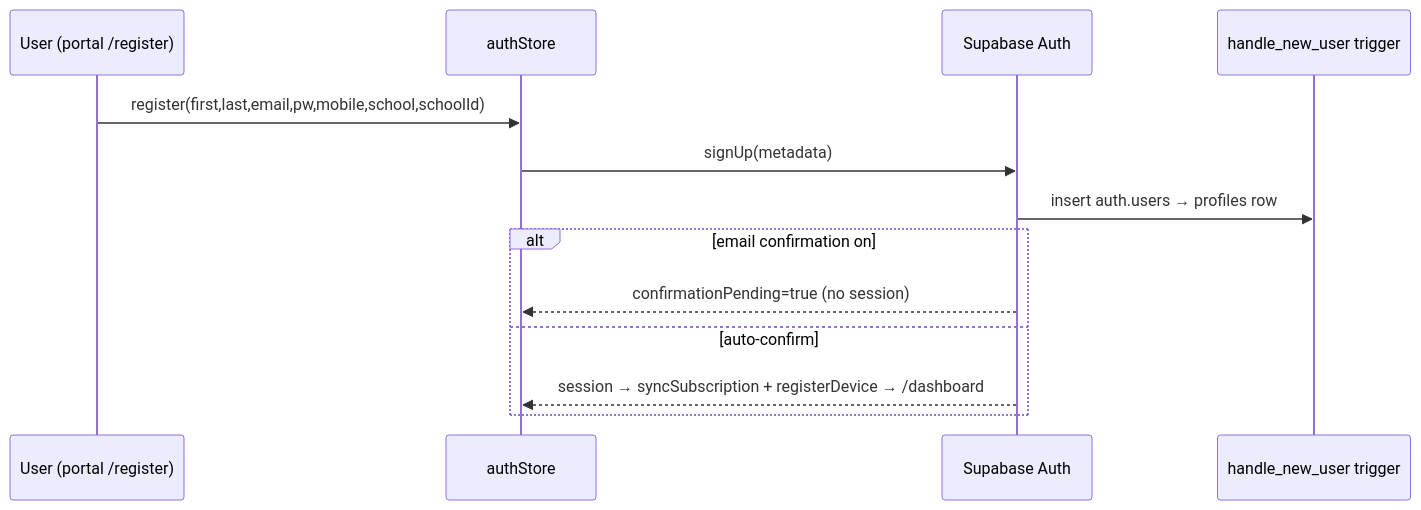
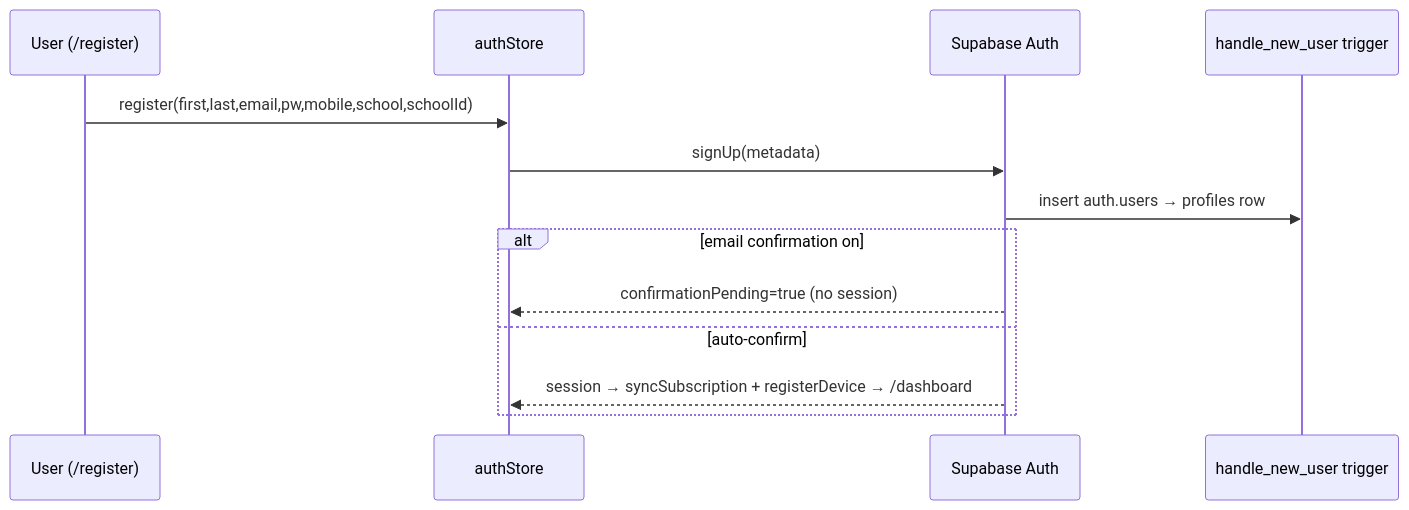
The diagram in docs/business-domains/users.md (johnryAtienza/elearning-review-platform), drawn with Mermaid before and after one commit. The commit also changed other lines of this file and 47 other files, not shown here.

````diff
--- a/docs/business-domains/users.md
+++ b/docs/business-domains/users.md
@@ -17,15 +17,15 @@
 ```mermaid
 sequenceDiagram
-  participant U as User (portal /register)
+  participant U as User (/register)
   participant AS as authStore
   participant SB as Supabase Auth
   participant TR as handle_new_user trigger
   U->>AS: register(first,last,email,pw,mobile,school,schoolId)
   AS->>SB: signUp(metadata)
   SB->>TR: insert auth.users → profiles row
   alt email confirmation on
     SB-->>AS: confirmationPending=true (no session)
   else auto-confirm
     SB-->>AS: session → syncSubscription + registerDevice → /dashboard
   end
 ```
````
